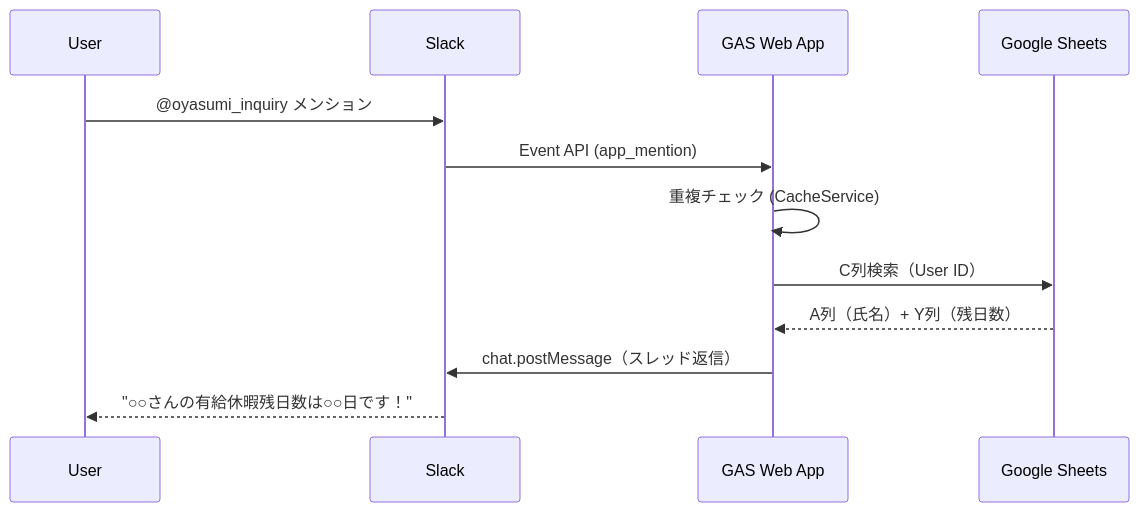
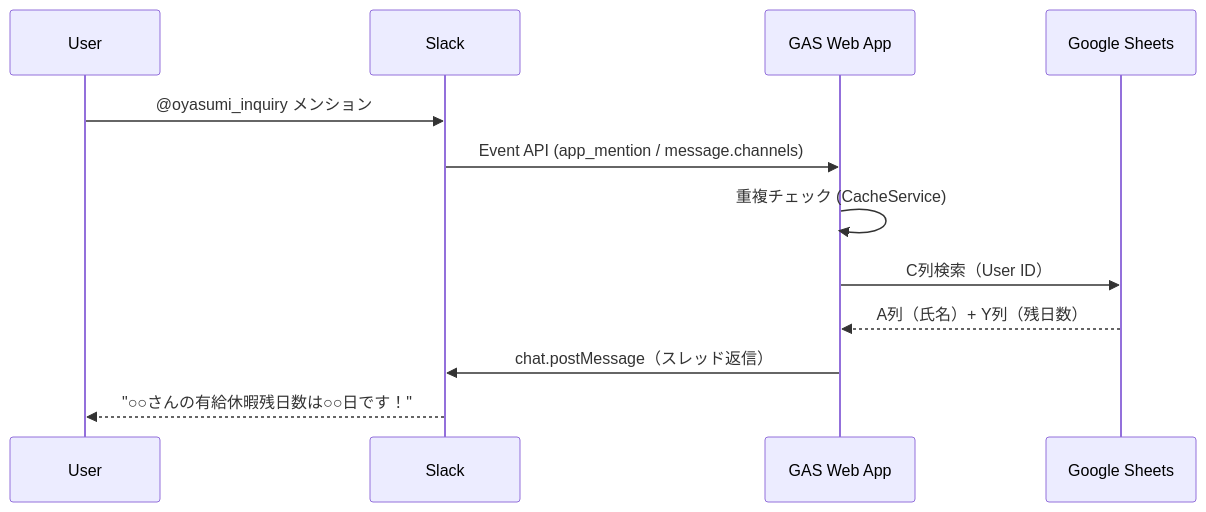
The diagram in README.md (kmaaaaaa/Paidleave_inquiry), drawn with Mermaid before and after one commit. The commit also changed other lines of this file and 1 other file, not shown here.

````diff
--- a/README.md
+++ b/README.md
@@ -14,15 +15,15 @@
 ```mermaid
 sequenceDiagram
     participant U as User
     participant S as Slack
     participant G as GAS Web App
     participant SS as Google Sheets
 
     U->>S: @oyasumi_inquiry メンション
-    S->>G: Event API (app_mention)
+    S->>G: Event API (app_mention / message.channels)
     G->>G: 重複チェック (CacheService)
     G->>SS: C列検索（User ID）
     SS-->>G: A列（氏名）+ Y列（残日数）
     G->>S: chat.postMessage（スレッド返信）
     S-->>U: "○○さんの有給休暇残日数は○○日です！"
 ```
````
